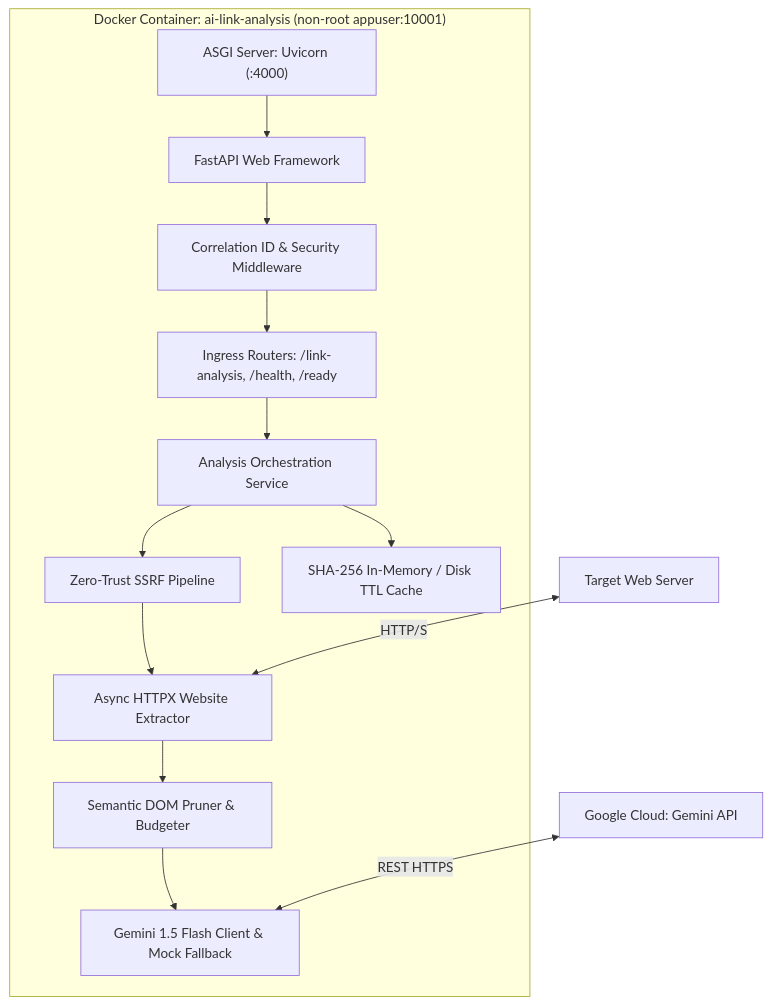
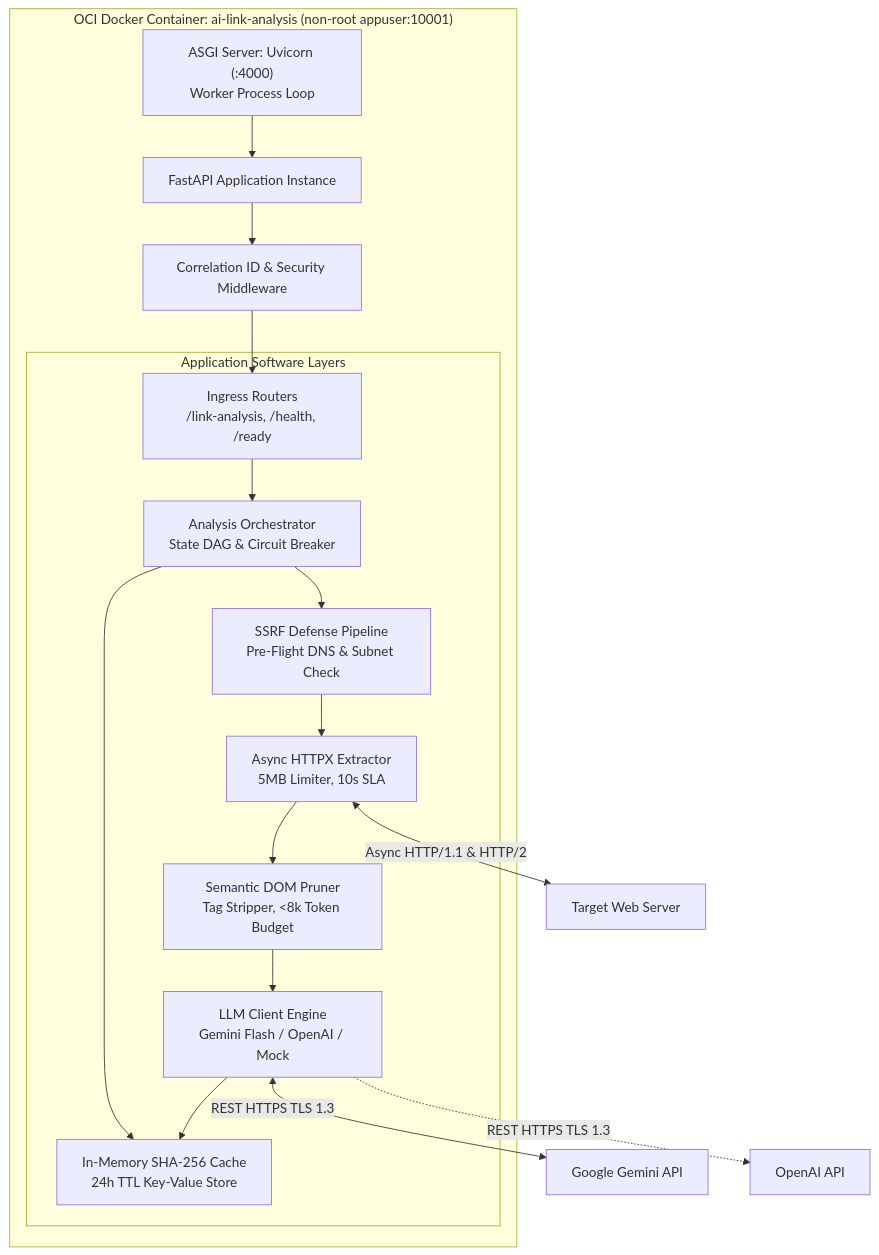
The second of 3 diagrams in docs/02-hld.md (piyushmakhija28/ai-link-analysis), drawn with Mermaid before and after one commit. The commit also changed other lines of this file and 12 other files, not shown here.

````diff
--- a/docs/02-hld.md
+++ b/docs/02-hld.md
@@ -38,28 +48,33 @@
 ```mermaid
 graph TD
-    subgraph Host["Docker Container: ai-link-analysis (non-root appuser:10001)"]
-        Uvicorn["ASGI Server: Uvicorn (:4000)"]
-        FastAPI["FastAPI Web Framework"]
+    subgraph Container["OCI Docker Container: ai-link-analysis (non-root appuser:10001)"]
+        Uvicorn["ASGI Server: Uvicorn (:4000)<br/>Worker Process Loop"]
+        FastAPI["FastAPI Application Instance"]
         Middleware["Correlation ID & Security Middleware"]
-        RouterIngress["Ingress Routers: /link-analysis, /health, /ready"]
-        Orchestrator["Analysis Orchestration Service"]
-        SSRF["Zero-Trust SSRF Pipeline"]
-        Extractor["Async HTTPX Website Extractor"]
-        Pruner["Semantic DOM Pruner & Budgeter"]
-        LLMService["Gemini 1.5 Flash Client & Mock Fallback"]
-        CacheStore["SHA-256 In-Memory / Disk TTL Cache"]
-
+        
+        subgraph AppLayers["Application Software Layers"]
+            Router["Ingress Routers<br/>/link-analysis, /health, /ready"]
+            Orchestrator["Analysis Orchestrator<br/>State DAG & Circuit Breaker"]
+            SSRF["SSRF Defense Pipeline<br/>Pre-Flight DNS & Subnet Check"]
+            Extractor["Async HTTPX Extractor<br/>5MB Limiter, 10s SLA"]
+            Pruner["Semantic DOM Pruner<br/>Tag Stripper, <8k Token Budget"]
+            LLMEngine["LLM Client Engine<br/>Gemini Flash / OpenAI / Mock"]
+            Cache["In-Memory SHA-256 Cache<br/>24h TTL Key-Value Store"]
+        end
+        
         Uvicorn --> FastAPI
         FastAPI --> Middleware
-        Middleware --> RouterIngress
-        RouterIngress --> Orchestrator
-        Orchestrator --> CacheStore
+        Middleware --> Router
+        Router --> Orchestrator
+        Orchestrator --> Cache
         Orchestrator --> SSRF
         SSRF --> Extractor
         Extractor --> Pruner
-        Pruner --> LLMService
+        Pruner --> LLMEngine
+        LLMEngine --> Cache
     end
 
-    TargetSite["Target Web Server"] <-->|"HTTP/S"| Extractor
-    GeminiCloud["Google Cloud: Gemini API"] <-->|"REST HTTPS"| LLMService
+    Extractor <-->|"Async HTTP/1.1 & HTTP/2"| TargetWeb["Target Web Server"]
+    LLMEngine <-->|"REST HTTPS TLS 1.3"| GeminiCloud["Google Gemini API"]
+    LLMEngine -.->|"REST HTTPS TLS 1.3"| OpenAICloud["OpenAI API"]
 ```
````
